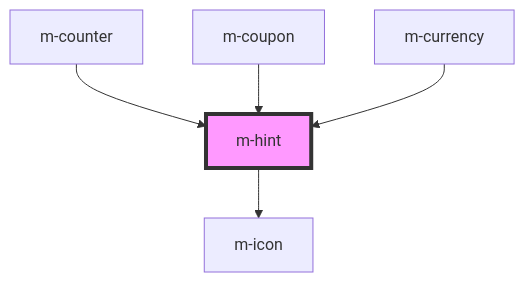
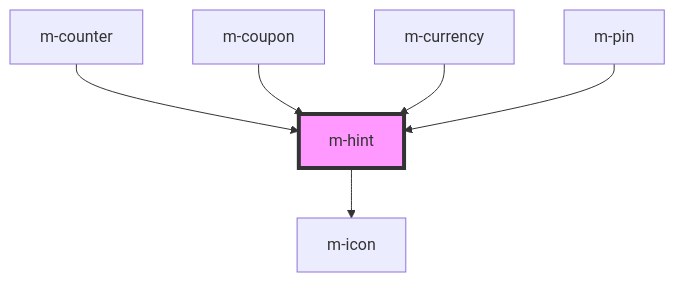
The diagram in libraries/modyo-design-system/src/components/m-hint/readme.md (dynamic-framework/dynamic-ui), drawn with Mermaid before and after one commit. The commit also changed other lines of this file and 11 other files, not shown here.

````diff
--- a/libraries/modyo-design-system/src/components/m-hint/readme.md
+++ b/libraries/modyo-design-system/src/components/m-hint/readme.md
@@ -36,8 +37,9 @@
 ```mermaid
 graph TD;
   m-hint --> m-icon
   m-counter --> m-hint
   m-coupon --> m-hint
   m-currency --> m-hint
+  m-pin --> m-hint
   style m-hint fill:#f9f,stroke:#333,stroke-width:4px
 ```
````
